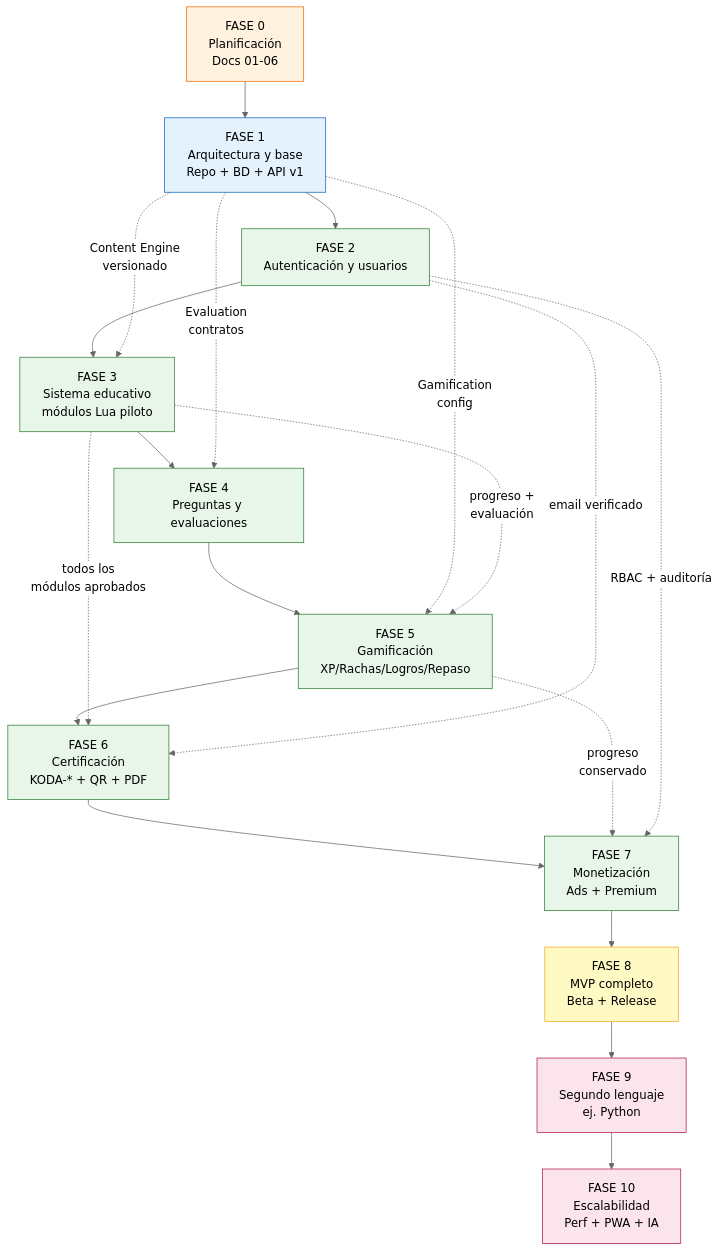
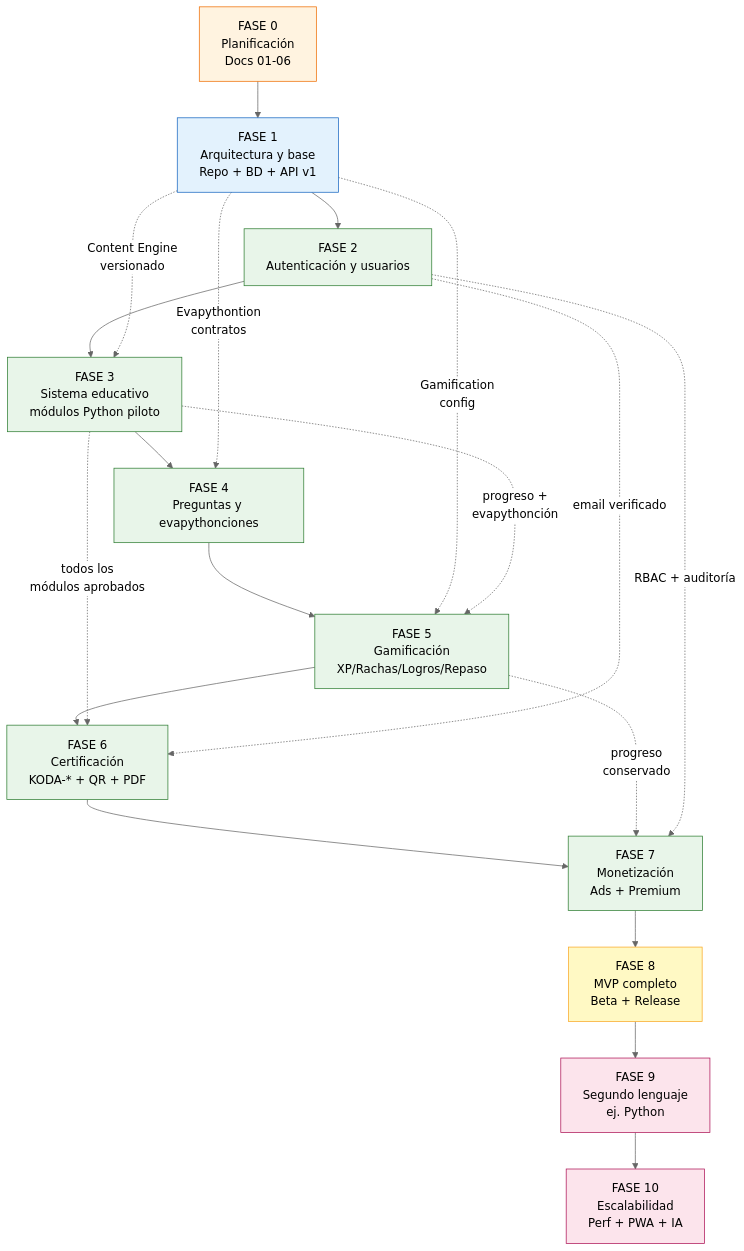
Before and after one commit to nastex123/DuolingoProgramacion: the first of 2 diagrams in docs/22_ROADMAP.md, drawn with Mermaid (neutral theme). The commit also changed other lines of this file and 65 other files, not shown here.

Commit message:
feat(curriculum): adoptar Python 3.12 como unico lenguaje oficial del MVP y desincorporar Lua

````diff
--- a/docs/22_ROADMAP.md
+++ b/docs/22_ROADMAP.md
@@ -44,46 +44,46 @@
 ```mermaid
 flowchart TB
     F0["FASE 0<br/>Planificación<br/>Docs 01-06"]
     F1["FASE 1<br/>Arquitectura y base<br/>Repo + BD + API v1"]
     F2["FASE 2<br/>Autenticación y usuarios"]
-    F3["FASE 3<br/>Sistema educativo<br/>módulos Lua piloto"]
-    F4["FASE 4<br/>Preguntas y evaluaciones"]
+    F3["FASE 3<br/>Sistema educativo<br/>módulos Python piloto"]
+    F4["FASE 4<br/>Preguntas y evapythonciones"]
     F5["FASE 5<br/>Gamificación<br/>XP/Rachas/Logros/Repaso"]
     F6["FASE 6<br/>Certificación<br/>KODA-* + QR + PDF"]
     F7["FASE 7<br/>Monetización<br/>Ads + Premium"]
     F8["FASE 8<br/>MVP completo<br/>Beta + Release"]
     F9["FASE 9<br/>Segundo lenguaje<br/>ej. Python"]
     F10["FASE 10<br/>Escalabilidad<br/>Perf + PWA + IA"]
 
     F0 --> F1
     F1 --> F2
     F2 --> F3
     F3 --> F4
     F4 --> F5
     F5 --> F6
     F6 --> F7
     F7 --> F8
     F8 --> F9
     F9 --> F10
 
     %% Dependencias transversales
     F1 -.->|Content Engine<br/>versionado| F3
-    F1 -.->|Evaluation<br/>contratos| F4
+    F1 -.->|Evapythontion<br/>contratos| F4
     F1 -.->|Gamification<br/>config| F5
-    F3 -.->|progreso +<br/>evaluación| F5
+    F3 -.->|progreso +<br/>evapythonción| F5
     F3 -.->|todos los<br/>módulos aprobados| F6
     F5 -.->|progreso<br/>conservado| F7
     F2 -.->|email verificado| F6
     F2 -.->|RBAC + auditoría| F7
 
     classDef plan fill:#fff3e0,stroke:#ef6c00
     classDef base fill:#e3f2fd,stroke:#1565c0
     classDef mvp fill:#e8f5e9,stroke:#2e7d32
     classDef post fill:#fce4ec,stroke:#ad1457
     classDef release fill:#fff9c4,stroke:#f9a825
     class F0 plan
     class F1 base
     class F2,F3,F4,F5,F6,F7 mvp
     class F8 release
     class F9,F10 post
 ```
````
